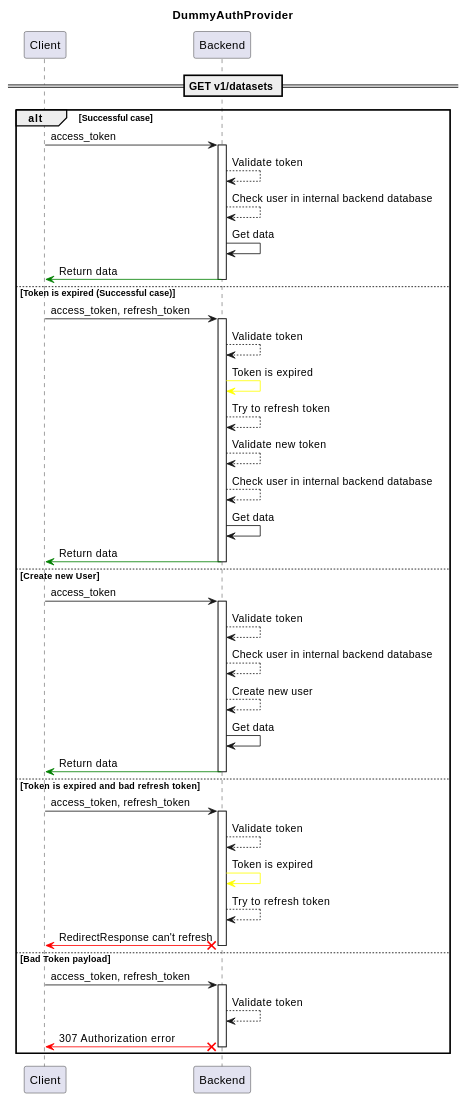
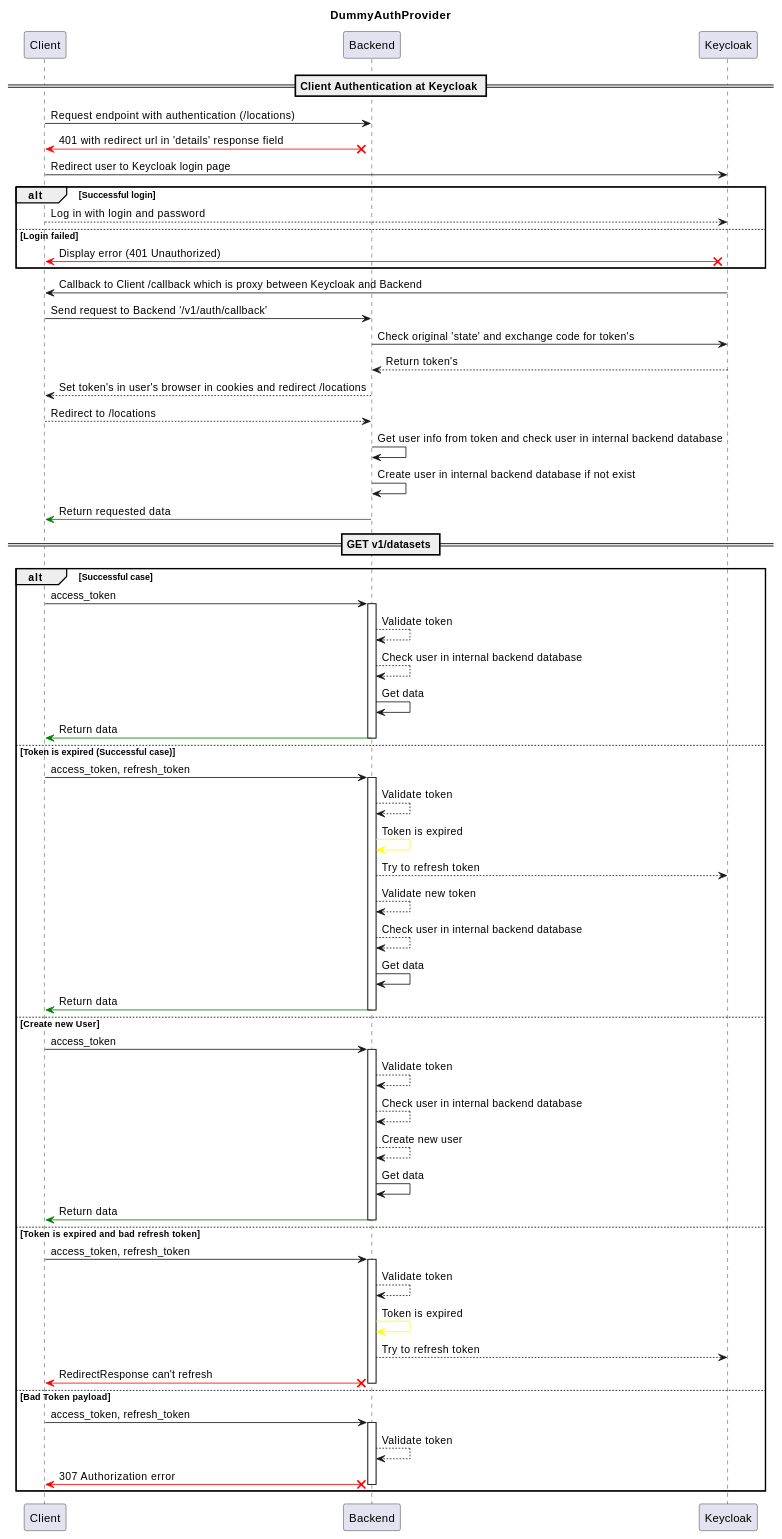
One commit to MobileTeleSystems/data-rentgen changed the diagram in docs/reference/server/auth/keycloak.rst. Above: the diagram before and after it, drawn with PlantUML. The commit also changed 7 other files, not shown here.

Commit message:
[DOP-21576] Update Keycloak provider for auth with Frontend

```diff
--- a/docs/reference/server/auth/keycloak.rst
+++ b/docs/reference/server/auth/keycloak.rst
@@ -21,50 +21,80 @@
     .. plantuml::
 
         @startuml
             title DummyAuthProvider
             participant "Client"
             participant "Backend"
+            participant "Keycloak"
+
+            == Client Authentication at Keycloak ==
+
+            Client -> Backend : Request endpoint with authentication (/locations)
+
+            Backend x-[#red]> Client: 401 with redirect url in 'details' response field
+
+            Client -> Keycloak : Redirect user to Keycloak login page
+
+            alt Successful login
+                Client --> Keycloak : Log in with login and password
+            else Login failed
+                Keycloak x-[#red]> Client -- : Display error (401 Unauthorized)
+            end
+
+            Keycloak -> Client : Callback to Client /callback which is proxy between Keycloak and Backend
+
+            Client -> Backend : Send request to Backend '/v1/auth/callback'
+
+            Backend -> Keycloak : Check original 'state' and exchange code for token's
+            Keycloak --> Backend : Return token's
+            Backend --> Client : Set token's in user's browser in cookies and redirect /locations
+
+            Client --> Backend : Redirect to /locations
+            Backend -> Backend : Get user info from token and check user in internal backend database
+            Backend -> Backend : Create user in internal backend database if not exist
+            Backend -[#green]> Client -- : Return requested data
+
 
             == GET v1/datasets ==
+
 
             alt Successful case
                 "Client" -> "Backend" ++ : access_token
                 "Backend" --> "Backend" : Validate token
                 "Backend" --> "Backend" : Check user in internal backend database
                 "Backend" -> "Backend" : Get data
                 "Backend" -[#green]> "Client" -- : Return data
 
             else Token is expired (Successful case)
                 "Client" -> "Backend" ++ : access_token, refresh_token
                 "Backend" --> "Backend" : Validate token
                 "Backend" -[#yellow]> "Backend" : Token is expired
-                "Backend" --> "Backend" : Try to refresh token
+                "Backend" --> "Keycloak" : Try to refresh token
                 "Backend" --> "Backend" : Validate new token
                 "Backend" --> "Backend" : Check user in internal backend database
                 "Backend" -> "Backend" : Get data
                 "Backend" -[#green]> "Client" -- : Return data
 
             else Create new User
                 "Client" -> "Backend" ++ : access_token
                 "Backend" --> "Backend" : Validate token
                 "Backend" --> "Backend" : Check user in internal backend database
                 "Backend" --> "Backend" : Create new user
                 "Backend" -> "Backend" : Get data
                 "Backend" -[#green]> "Client" -- : Return data
 
             else Token is expired and bad refresh token
                 "Client" -> "Backend" ++ : access_token, refresh_token
                 "Backend" --> "Backend" : Validate token
                 "Backend" -[#yellow]> "Backend" : Token is expired
-                "Backend" --> "Backend" : Try to refresh token
+                "Backend" --> "Keycloak" : Try to refresh token
                 "Backend" x-[#red]> "Client" -- : RedirectResponse can't refresh
 
             else Bad Token payload
                 "Client" -> "Backend" ++ : access_token, refresh_token
                 "Backend" --> "Backend" : Validate token
                 "Backend" x-[#red]> "Client" -- : 307 Authorization error
 
             end
 
             deactivate "Client"
         @enduml
```
